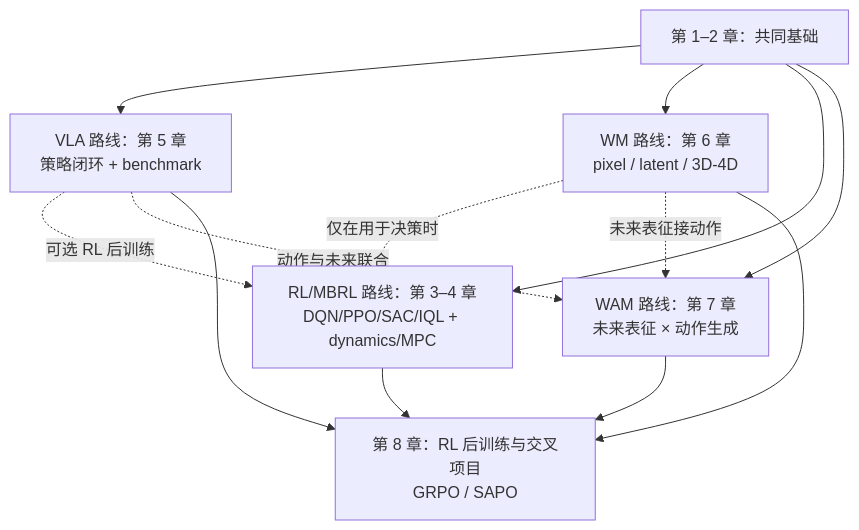
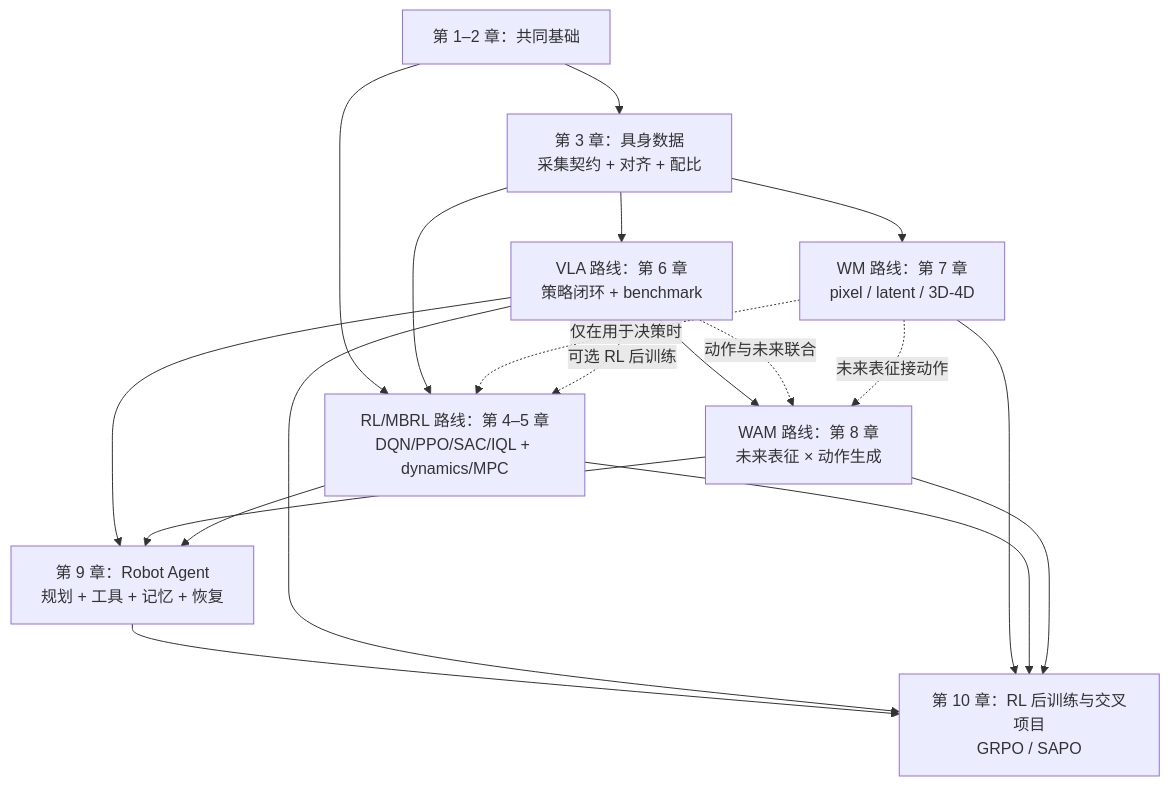
Before and after one commit to ppsdk/Embodied-AI-Start: the diagram in docs/roadmap.md, drawn with Mermaid. The commit also changed other lines of this file and 11 other files, not shown here.

Commit message:
docs: add embodied data and robot agent guides

````diff
--- a/docs/roadmap.md
+++ b/docs/roadmap.md
@@ -30,15 +32,21 @@
 ```mermaid
 flowchart TD
-    F["第 1–2 章：共同基础"] --> V["VLA 路线：第 5 章<br/>策略闭环 + benchmark"]
-    F --> W["WM 路线：第 6 章<br/>pixel / latent / 3D-4D"]
-    F --> R["RL/MBRL 路线：第 3–4 章<br/>DQN/PPO/SAC/IQL + dynamics/MPC"]
-    F --> A["WAM 路线：第 7 章<br/>未来表征 × 动作生成"]
+    F["第 1–2 章：共同基础"] --> D["第 3 章：具身数据<br/>采集契约 + 对齐 + 配比"]
+    F --> R["RL/MBRL 路线：第 4–5 章<br/>DQN/PPO/SAC/IQL + dynamics/MPC"]
+    D --> R
+    D --> V["VLA 路线：第 6 章<br/>策略闭环 + benchmark"]
+    D --> W["WM 路线：第 7 章<br/>pixel / latent / 3D-4D"]
+    V --> A["WAM 路线：第 8 章<br/>未来表征 × 动作生成"]
     W -. "仅在用于决策时" .-> R
     V -. "可选 RL 后训练" .-> R
     V -. "动作与未来联合" .-> A
     W -. "未来表征接动作" .-> A
-    V --> E["第 8 章：RL 后训练与交叉项目<br/>GRPO / SAPO"]
+    V --> G["第 9 章：Robot Agent<br/>规划 + 工具 + 记忆 + 恢复"]
+    A --> G
+    R --> G
+    G --> E["第 10 章：RL 后训练与交叉项目<br/>GRPO / SAPO"]
+    V --> E
     W --> E
     R --> E
     A --> E
 ```
````
